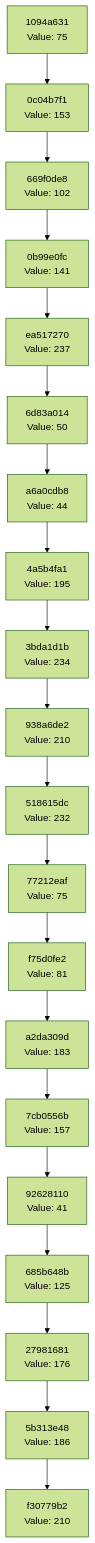
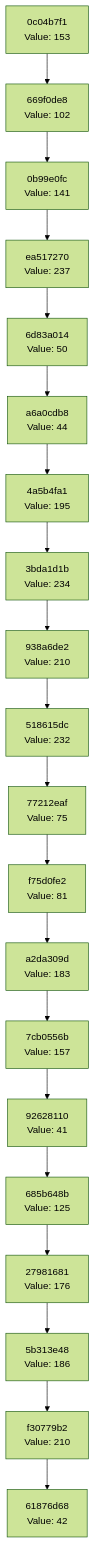
The diagram in docs/CHAIN_VISUALIZATION.md (Abhisheksinha1506/hash-chain-evolver), drawn with Mermaid (forest theme) before and after one commit. The commit also changed 2 other files, not shown here.

Commit message:
Evolution step: hash 0x2A → action executed

````diff
--- a/docs/CHAIN_VISUALIZATION.md
+++ b/docs/CHAIN_VISUALIZATION.md
@@ -3,42 +3,42 @@
 ```mermaid
 graph TD
-    C0["f30779b2<br/>Value: 210"]
-    C1["5b313e48<br/>Value: 186"]
+    C0["61876d68<br/>Value: 42"]
+    C1["f30779b2<br/>Value: 210"]
     C1 --> C0
-    C2["27981681<br/>Value: 176"]
+    C2["5b313e48<br/>Value: 186"]
     C2 --> C1
-    C3["685b648b<br/>Value: 125"]
+    C3["27981681<br/>Value: 176"]
     C3 --> C2
-    C4["92628110<br/>Value: 41"]
+    C4["685b648b<br/>Value: 125"]
     C4 --> C3
-    C5["7cb0556b<br/>Value: 157"]
+    C5["92628110<br/>Value: 41"]
     C5 --> C4
-    C6["a2da309d<br/>Value: 183"]
+    C6["7cb0556b<br/>Value: 157"]
     C6 --> C5
-    C7["f75d0fe2<br/>Value: 81"]
+    C7["a2da309d<br/>Value: 183"]
     C7 --> C6
-    C8["77212eaf<br/>Value: 75"]
+    C8["f75d0fe2<br/>Value: 81"]
     C8 --> C7
-    C9["518615dc<br/>Value: 232"]
+    C9["77212eaf<br/>Value: 75"]
     C9 --> C8
-    C10["938a6de2<br/>Value: 210"]
+    C10["518615dc<br/>Value: 232"]
     C10 --> C9
-    C11["3bda1d1b<br/>Value: 234"]
+    C11["938a6de2<br/>Value: 210"]
     C11 --> C10
-    C12["4a5b4fa1<br/>Value: 195"]
+    C12["3bda1d1b<br/>Value: 234"]
     C12 --> C11
-    C13["a6a0cdb8<br/>Value: 44"]
+    C13["4a5b4fa1<br/>Value: 195"]
     C13 --> C12
-    C14["6d83a014<br/>Value: 50"]
+    C14["a6a0cdb8<br/>Value: 44"]
     C14 --> C13
-    C15["ea517270<br/>Value: 237"]
+    C15["6d83a014<br/>Value: 50"]
     C15 --> C14
-    C16["0b99e0fc<br/>Value: 141"]
+    C16["ea517270<br/>Value: 237"]
     C16 --> C15
-    C17["669f0de8<br/>Value: 102"]
+    C17["0b99e0fc<br/>Value: 141"]
     C17 --> C16
-    C18["0c04b7f1<br/>Value: 153"]
+    C18["669f0de8<br/>Value: 102"]
     C18 --> C17
-    C19["1094a631<br/>Value: 75"]
+    C19["0c04b7f1<br/>Value: 153"]
     C19 --> C18
 ```
````
